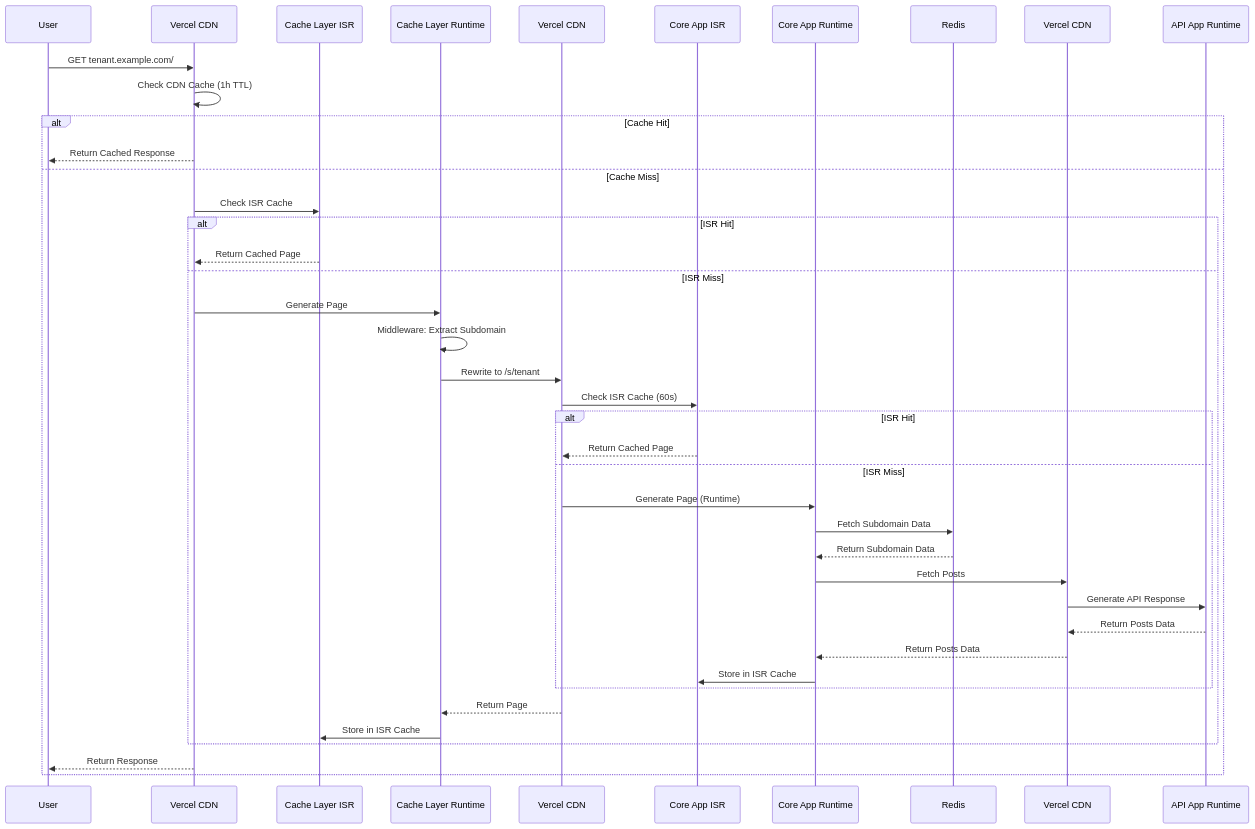
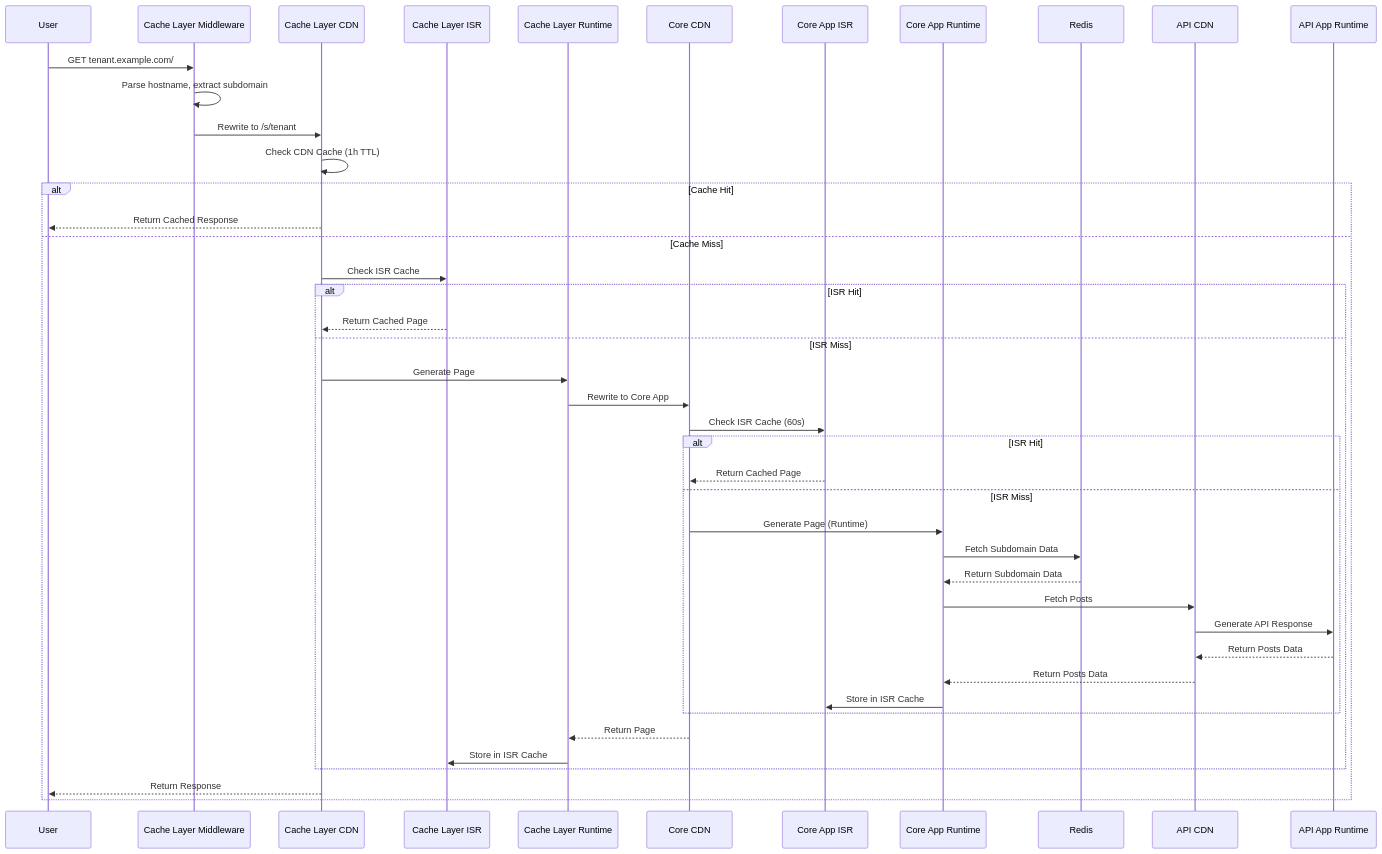
One commit to vercel-labs/isr-platform-shield changed the second of 4 diagrams in docs/ARCHITECTURE.md. Above: the diagram before and after it, drawn with Mermaid. The commit also changed other lines of this file and 1 other file, not shown here.

Commit message:
fix architecture docs

````diff
--- a/docs/ARCHITECTURE.md
+++ b/docs/ARCHITECTURE.md
@@ -80,44 +47,46 @@
 ```mermaid
 sequenceDiagram
     participant U as User
-    participant VCL as Vercel CDN
+    participant VCL_MW as Cache Layer Middleware
+    participant VCL as Cache Layer CDN
     participant VCL_ISR as Cache Layer ISR
     participant VCL_RT as Cache Layer Runtime
-    participant VCA as Vercel CDN
+    participant VCA as Core CDN
     participant VCA_ISR as Core App ISR
     participant VCA_RT as Core App Runtime
     participant R as Redis
-    participant VAPI as Vercel CDN
+    participant VAPI as API CDN
     participant VAPI_RT as API App Runtime
 
-    U->>VCL: GET tenant.example.com/
+    U->>VCL_MW: GET tenant.example.com/
+    VCL_MW->>VCL_MW: Parse hostname, extract subdomain
+    VCL_MW->>VCL: Rewrite to /s/tenant
     VCL->>VCL: Check CDN Cache (1h TTL)
     alt Cache Hit
         VCL-->>U: Return Cached Response
     else Cache Miss
         VCL->>VCL_ISR: Check ISR Cache
         alt ISR Hit
             VCL_ISR-->>VCL: Return Cached Page
         else ISR Miss
             VCL->>VCL_RT: Generate Page
-            VCL_RT->>VCL_RT: Middleware: Extract Subdomain
-            VCL_RT->>VCA: Rewrite to /s/tenant
+            VCL_RT->>VCA: Rewrite to Core App
             VCA->>VCA_ISR: Check ISR Cache (60s)
             alt ISR Hit
                 VCA_ISR-->>VCA: Return Cached Page
             else ISR Miss
                 VCA->>VCA_RT: Generate Page (Runtime)
                 VCA_RT->>R: Fetch Subdomain Data
                 R-->>VCA_RT: Return Subdomain Data
                 VCA_RT->>VAPI: Fetch Posts
                 VAPI->>VAPI_RT: Generate API Response
                 VAPI_RT-->>VAPI: Return Posts Data
                 VAPI-->>VCA_RT: Return Posts Data
                 VCA_RT->>VCA_ISR: Store in ISR Cache
             end
             VCA-->>VCL_RT: Return Page
             VCL_RT->>VCL_ISR: Store in ISR Cache
         end
         VCL-->>U: Return Response
     end
 ```
````
